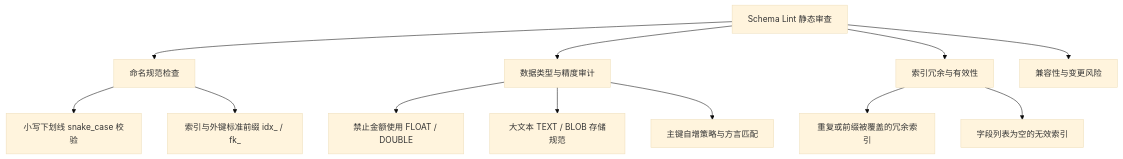
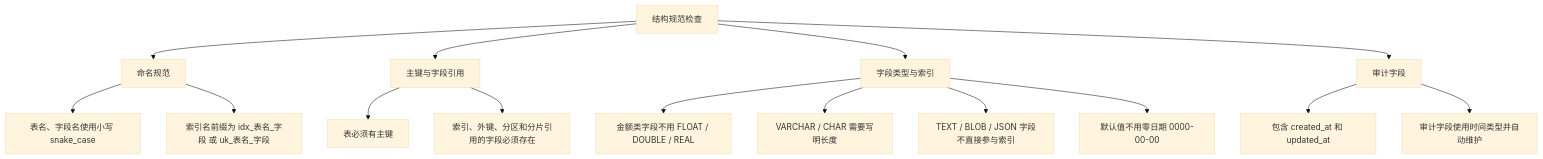
One commit to xingkaixin/dddlbuilder changed the diagram in apps/docs/zh/advanced/schema-lint.md. Above: the diagram before and after it, drawn with Mermaid (base theme). The commit also changed other lines of this file and 51 other files, not shown here.

````diff
--- a/apps/docs/zh/advanced/schema-lint.md
+++ b/apps/docs/zh/advanced/schema-lint.md
@@ -15,17 +15,21 @@
 ```mermaid
 graph TD
-    Lint[Schema Lint 静态审查] --> Naming[命名规范检查]
-    Lint --> Types[数据类型与精度审计]
-    Lint --> Indexes[索引冗余与有效性]
-    Lint --> Risks[兼容性与变更风险]
-    
-    Naming --> N1[小写下划线 snake_case 校验]
-    Naming --> N2[索引与外键标准前缀 idx_ / fk_]
-    
-    Types --> T1[禁止金额使用 FLOAT / DOUBLE]
-    Types --> T2[大文本 TEXT / BLOB 存储规范]
-    Types --> T3[主键自增策略与方言匹配]
-    
-    Indexes --> I1[重复或前缀被覆盖的冗余索引]
-    Indexes --> I2[字段列表为空的无效索引]
+    Lint[结构规范检查] --> Naming[命名规范]
+    Lint --> Keys[主键与字段引用]
+    Lint --> Types[字段类型与索引]
+    Lint --> Audit[审计字段]
+
+    Naming --> N1[表名、字段名使用小写 snake_case]
+    Naming --> N2[索引名前缀为 idx_表名_字段 或 uk_表名_字段]
+
+    Keys --> K1[表必须有主键]
+    Keys --> K2[索引、外键、分区和分片引用的字段必须存在]
+
+    Types --> T1[金额类字段不用 FLOAT / DOUBLE / REAL]
+    Types --> T2[VARCHAR / CHAR 需要写明长度]
+    Types --> T3[TEXT / BLOB / JSON 字段不直接参与索引]
+    Types --> T4[默认值不用零日期 0000-00-00]
+
+    Audit --> A1[包含 created_at 和 updated_at]
+    Audit --> A2[审计字段使用时间类型并自动维护]
 ```
````
